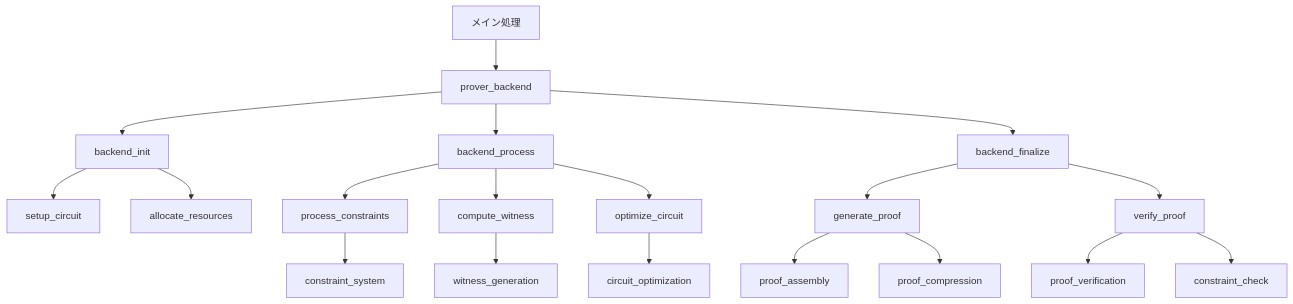
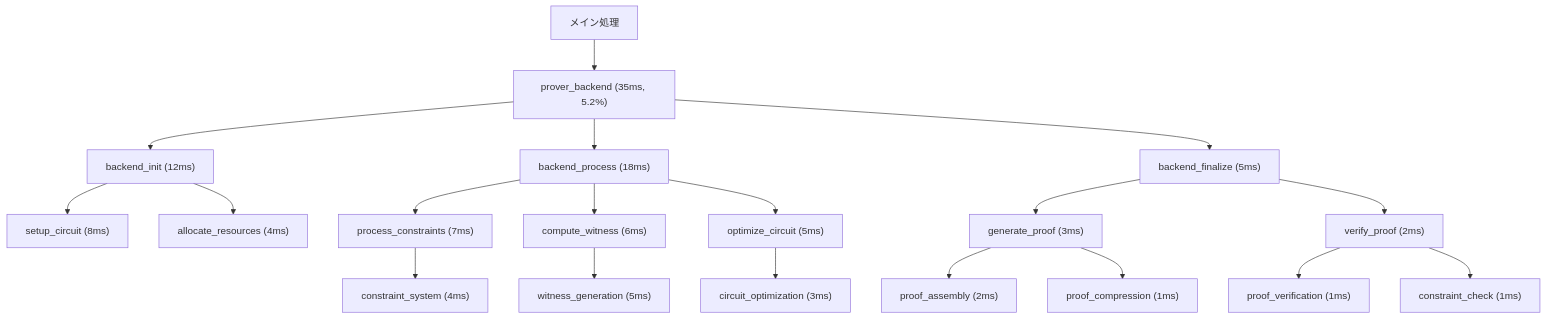
Before and after one commit to kkrt-labs/zkvm-benchmarks: the second of 6 diagrams in profile_outputs/README.md, drawn with Mermaid. The commit also changed other lines of this file, not shown here.

````diff
--- a/profile_outputs/README.md
+++ b/profile_outputs/README.md
@@ -49,27 +64,27 @@
 ```mermaid
 flowchart TD
-    A[メイン処理] --> B[prover_backend]
-    B --> C1[backend_init]
-    B --> C2[backend_process]
-    B --> C3[backend_finalize]
+    A[メイン処理] --> B["prover_backend (35ms, 5.2%)"]
+    B --> C1["backend_init (12ms)"]
+    B --> C2["backend_process (18ms)"]
+    B --> C3["backend_finalize (5ms)"]
 
-    C1 --> D1[setup_circuit]
-    C1 --> D2[allocate_resources]
+    C1 --> D1["setup_circuit (8ms)"]
+    C1 --> D2["allocate_resources (4ms)"]
 
-    C2 --> E1[process_constraints]
-    C2 --> E2[compute_witness]
-    C2 --> E3[optimize_circuit]
+    C2 --> E1["process_constraints (7ms)"]
+    C2 --> E2["compute_witness (6ms)"]
+    C2 --> E3["optimize_circuit (5ms)"]
 
-    E1 --> F1[constraint_system]
-    E2 --> F2[witness_generation]
-    E3 --> F3[circuit_optimization]
+    E1 --> F1["constraint_system (4ms)"]
+    E2 --> F2["witness_generation (5ms)"]
+    E3 --> F3["circuit_optimization (3ms)"]
 
-    C3 --> G1[generate_proof]
-    C3 --> G2[verify_proof]
+    C3 --> G1["generate_proof (3ms)"]
+    C3 --> G2["verify_proof (2ms)"]
 
-    G1 --> H1[proof_assembly]
-    G1 --> H2[proof_compression]
+    G1 --> H1["proof_assembly (2ms)"]
+    G1 --> H2["proof_compression (1ms)"]
 
-    G2 --> I1[proof_verification]
-    G2 --> I2[constraint_check]
+    G2 --> I1["proof_verification (1ms)"]
+    G2 --> I2["constraint_check (1ms)"]
 ```
````
